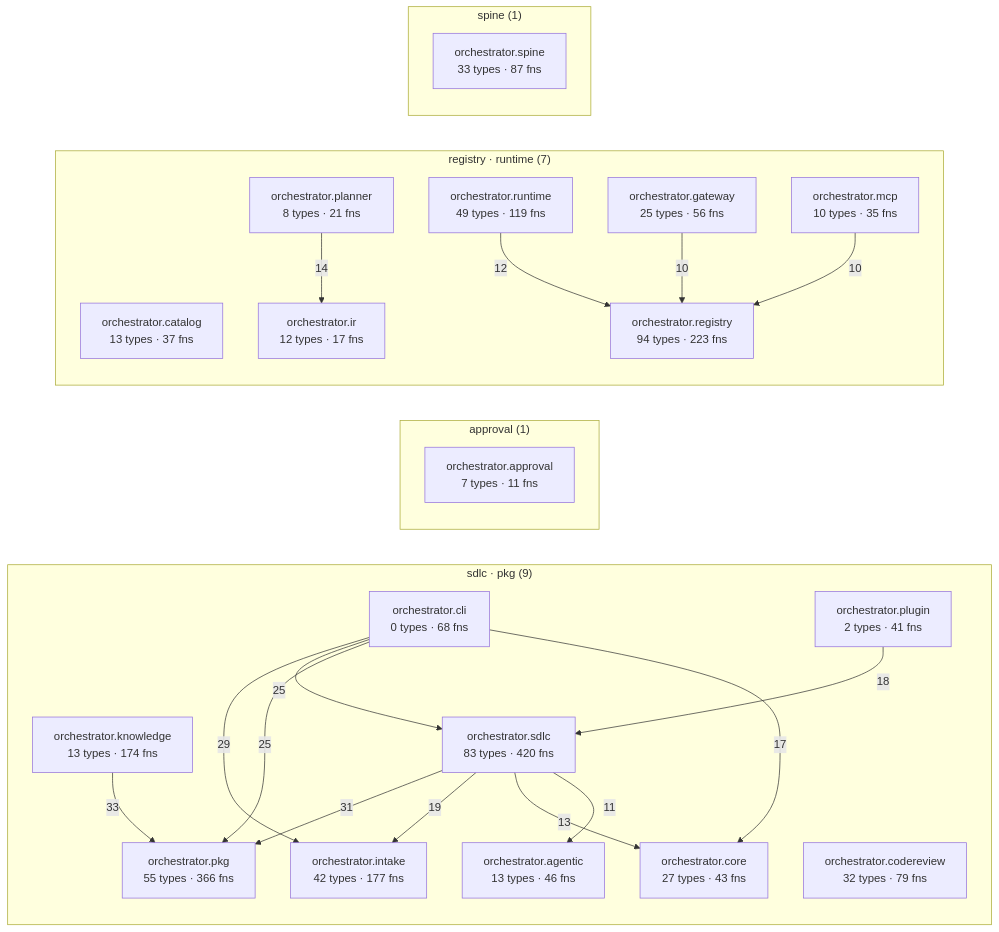
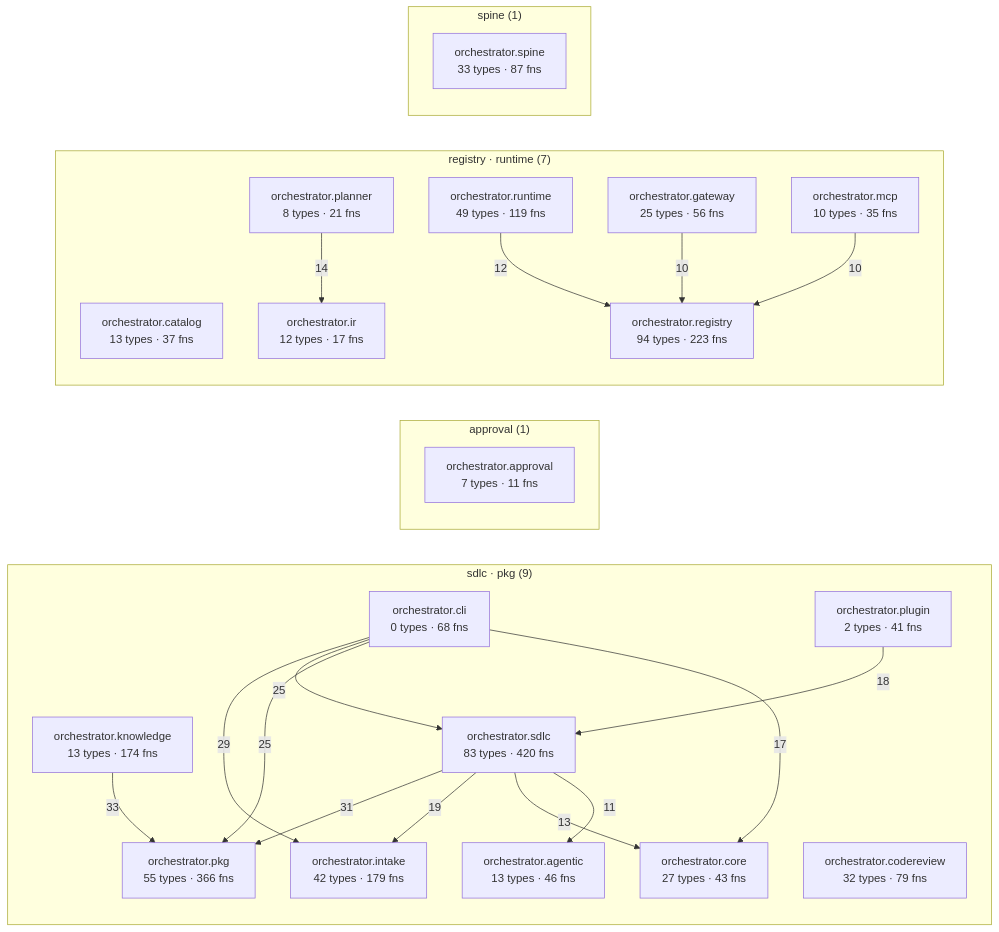
Before and after one commit to synaptixs/spine: the diagram in episteme/architecture.md, drawn with Mermaid. The commit also changed other lines of this file and 14 other files, not shown here.

````diff
--- a/episteme/architecture.md
+++ b/episteme/architecture.md
@@ -54,43 +54,43 @@
 ```mermaid
 flowchart LR
   subgraph c_1["sdlc · pkg (9)"]
     aorchestratoragentic["orchestrator.agentic<br/>13 types · 46 fns"]
     aorchestratorcli["orchestrator.cli<br/>0 types · 68 fns"]
     aorchestratorcodereview["orchestrator.codereview<br/>32 types · 79 fns"]
     aorchestratorcore["orchestrator.core<br/>27 types · 43 fns"]
-    aorchestratorintake["orchestrator.intake<br/>42 types · 177 fns"]
+    aorchestratorintake["orchestrator.intake<br/>42 types · 179 fns"]
     aorchestratorknowledge["orchestrator.knowledge<br/>13 types · 174 fns"]
     aorchestratorpkg["orchestrator.pkg<br/>55 types · 366 fns"]
     aorchestratorplugin["orchestrator.plugin<br/>2 types · 41 fns"]
     aorchestratorsdlc["orchestrator.sdlc<br/>83 types · 420 fns"]
   end
   subgraph c_2["approval (1)"]
     aorchestratorapproval["orchestrator.approval<br/>7 types · 11 fns"]
   end
   subgraph c_3["registry · runtime (7)"]
     aorchestratorcatalog["orchestrator.catalog<br/>13 types · 37 fns"]
     aorchestratorgateway["orchestrator.gateway<br/>25 types · 56 fns"]
     aorchestratorir["orchestrator.ir<br/>12 types · 17 fns"]
     aorchestratormcp["orchestrator.mcp<br/>10 types · 35 fns"]
     aorchestratorplanner["orchestrator.planner<br/>8 types · 21 fns"]
     aorchestratorregistry["orchestrator.registry<br/>94 types · 223 fns"]
     aorchestratorruntime["orchestrator.runtime<br/>49 types · 119 fns"]
   end
   subgraph c_10["spine (1)"]
     aorchestratorspine["orchestrator.spine<br/>33 types · 87 fns"]
   end
   aorchestratorknowledge -->|33| aorchestratorpkg
   aorchestratorsdlc -->|31| aorchestratorpkg
   aorchestratorcli -->|29| aorchestratorintake
   aorchestratorcli -->|25| aorchestratorsdlc
   aorchestratorcli -->|25| aorchestratorpkg
   aorchestratorsdlc -->|19| aorchestratorintake
   aorchestratorplugin -->|18| aorchestratorsdlc
   aorchestratorcli -->|17| aorchestratorcore
   aorchestratorplanner -->|14| aorchestratorir
   aorchestratorsdlc -->|13| aorchestratorcore
   aorchestratorruntime -->|12| aorchestratorregistry
   aorchestratorsdlc -->|11| aorchestratoragentic
   aorchestratorgateway -->|10| aorchestratorregistry
   aorchestratormcp -->|10| aorchestratorregistry
 ```
````
